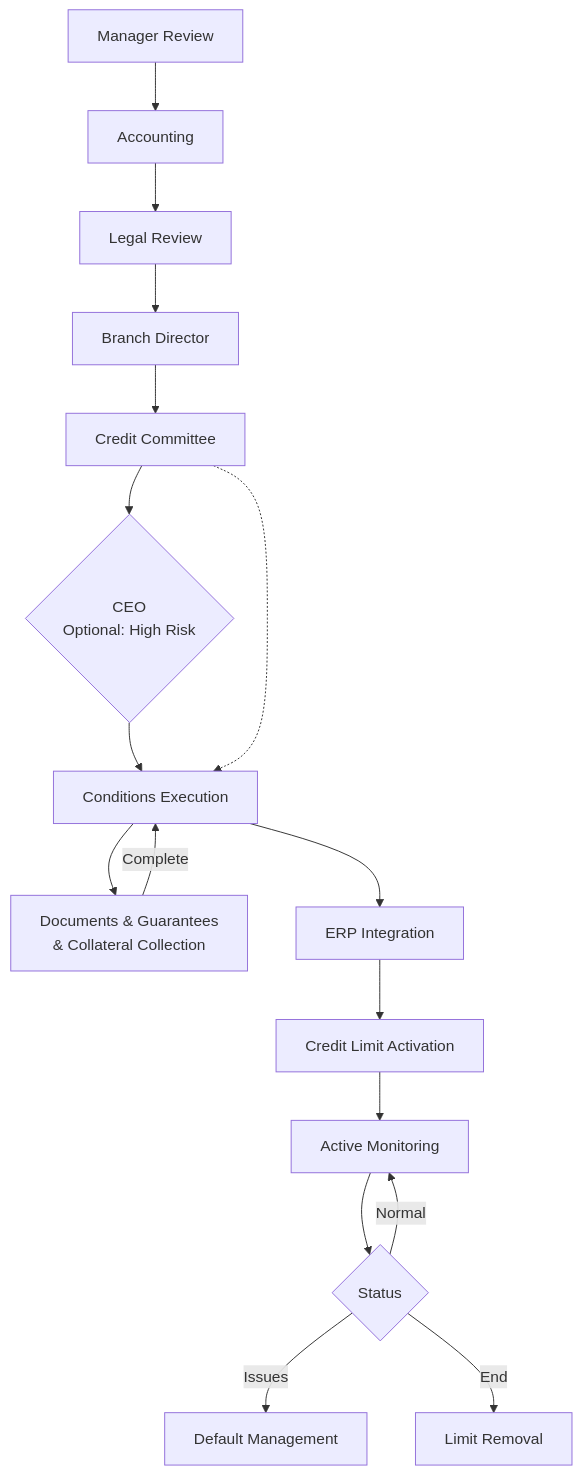
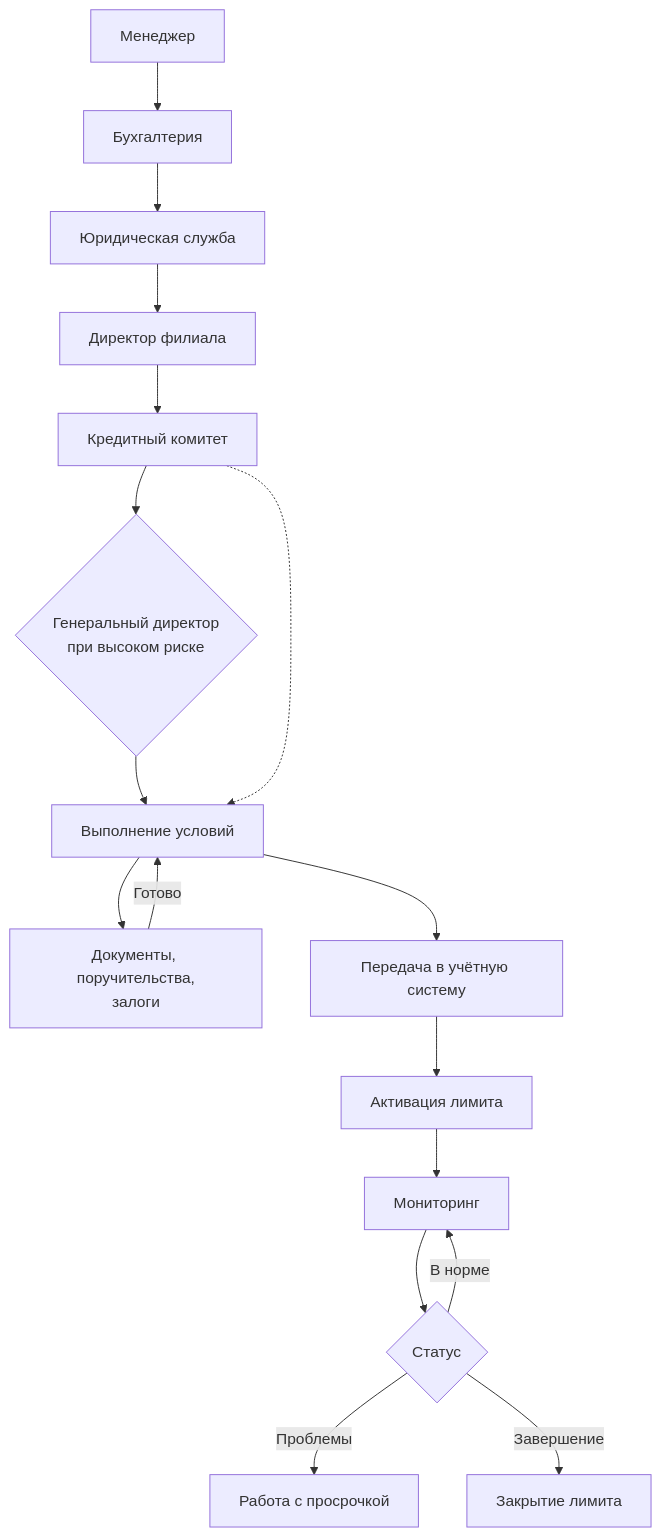
The diagram in README.md (gmashtalyar/CreditAppPublic), drawn with Mermaid before and after one commit. The commit also changed other lines of this file, not shown here.

````diff
--- a/README.md
+++ b/README.md
@@ -53,21 +49,21 @@
 ```mermaid
 graph TD
-    A[Manager Review] --> B[Accounting]
-    B --> C[Legal Review]
-    C --> D[Branch Director]
-    D --> E[Credit Committee]
-    E --> F{CEO<br/>Optional: High Risk}
-    F --> G[Conditions Execution]
+    A[Менеджер] --> B[Бухгалтерия]
+    B --> C[Юридическая служба]
+    C --> D[Директор филиала]
+    D --> E[Кредитный комитет]
+    E --> F{Генеральный директор<br/>при высоком риске}
+    F --> G[Выполнение условий]
     E -.-> G
 
-    G --> G1[Documents & Guarantees<br/>& Collateral Collection]
-    G1 --> |Complete| G
+    G --> G1[Документы, поручительства,<br/>залоги]
+    G1 --> |Готово| G
 
-    G --> H[ERP Integration]
-    H --> I[Credit Limit Activation]
-    I --> J[Active Monitoring]
-    J --> K{Status}
-    K --> |Normal| J
-    K --> |Issues| L[Default Management]
-    K --> |End| M[Limit Removal]
+    G --> H[Передача в учётную систему]
+    H --> I[Активация лимита]
+    I --> J[Мониторинг]
+    J --> K{Статус}
+    K --> |В норме| J
+    K --> |Проблемы| L[Работа с просрочкой]
+    K --> |Завершение| M[Закрытие лимита]
 ```
````
